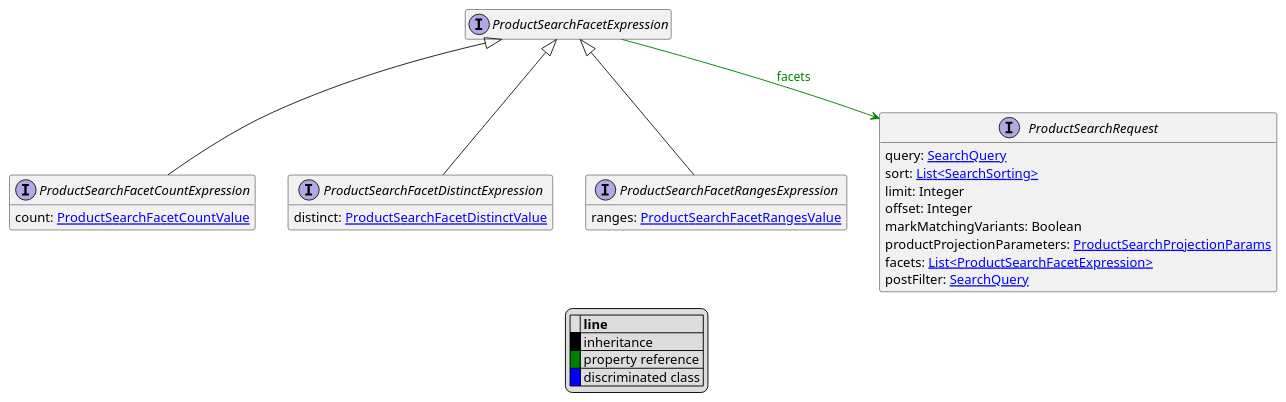
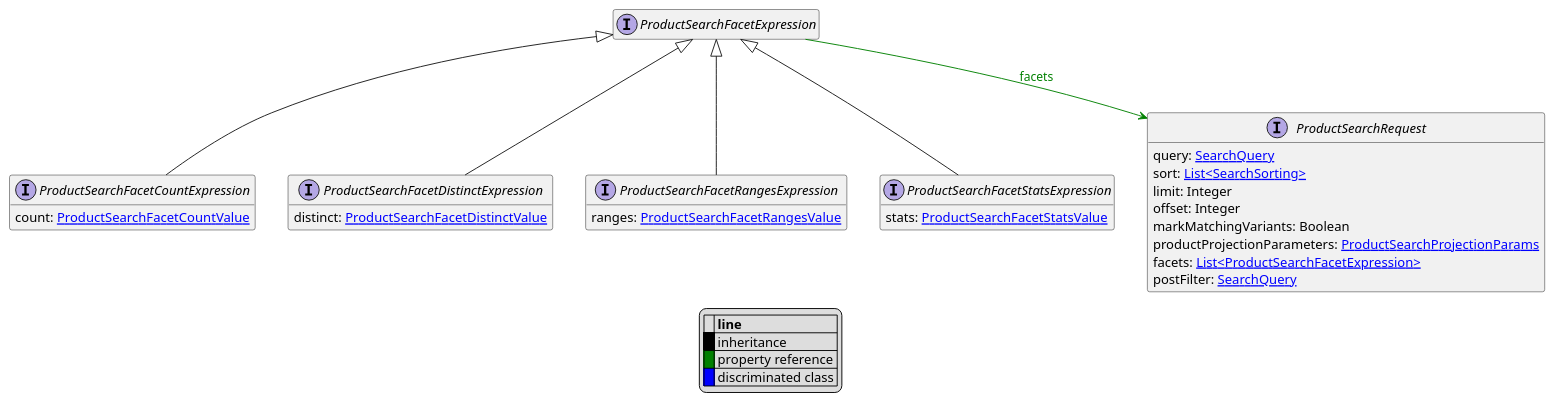
Before and after one commit to commercetools/commercetools-api-reference: the diagram in uml/api/ProductSearchFacetExpression.puml, drawn with PlantUML. The commit also changed 16 other files, not shown here.

```diff
--- a/uml/api/ProductSearchFacetExpression.puml
+++ b/uml/api/ProductSearchFacetExpression.puml
@@ -1,36 +1,39 @@
 @startuml
 
 hide empty fields
 hide empty methods
 legend
 |= |= line |
 |<back:black>   </back>| inheritance |
 |<back:green>   </back>| property reference |
 |<back:blue>   </back>| discriminated class |
 endlegend
 interface ProductSearchFacetExpression [[ProductSearchFacetExpression.svg]]  {
 }
 
 interface ProductSearchFacetCountExpression [[ProductSearchFacetCountExpression.svg]] extends ProductSearchFacetExpression {
     count: [[ProductSearchFacetCountValue.svg ProductSearchFacetCountValue]]
 }
 interface ProductSearchFacetDistinctExpression [[ProductSearchFacetDistinctExpression.svg]] extends ProductSearchFacetExpression {
     distinct: [[ProductSearchFacetDistinctValue.svg ProductSearchFacetDistinctValue]]
 }
 interface ProductSearchFacetRangesExpression [[ProductSearchFacetRangesExpression.svg]] extends ProductSearchFacetExpression {
     ranges: [[ProductSearchFacetRangesValue.svg ProductSearchFacetRangesValue]]
 }
+interface ProductSearchFacetStatsExpression [[ProductSearchFacetStatsExpression.svg]] extends ProductSearchFacetExpression {
+    stats: [[ProductSearchFacetStatsValue.svg ProductSearchFacetStatsValue]]
+}
 
 interface ProductSearchRequest [[ProductSearchRequest.svg]]  {
     query: [[SearchQuery.svg SearchQuery]]
     sort: [[SearchSorting.svg List<SearchSorting>]]
     limit: Integer
     offset: Integer
     markMatchingVariants: Boolean
     productProjectionParameters: [[ProductSearchProjectionParams.svg ProductSearchProjectionParams]]
     facets: [[ProductSearchFacetExpression.svg List<ProductSearchFacetExpression>]]
     postFilter: [[SearchQuery.svg SearchQuery]]
 }
 
 ProductSearchFacetExpression --> ProductSearchRequest #green;text:green : "facets"
 @enduml
```
